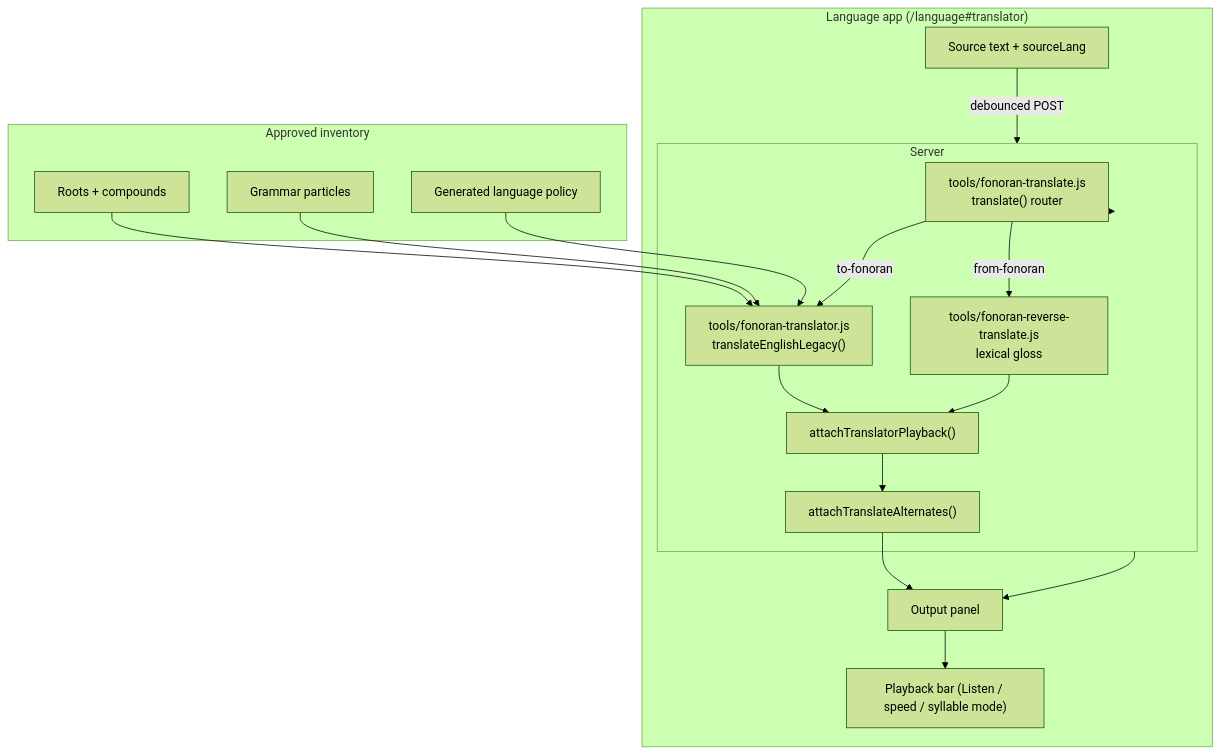
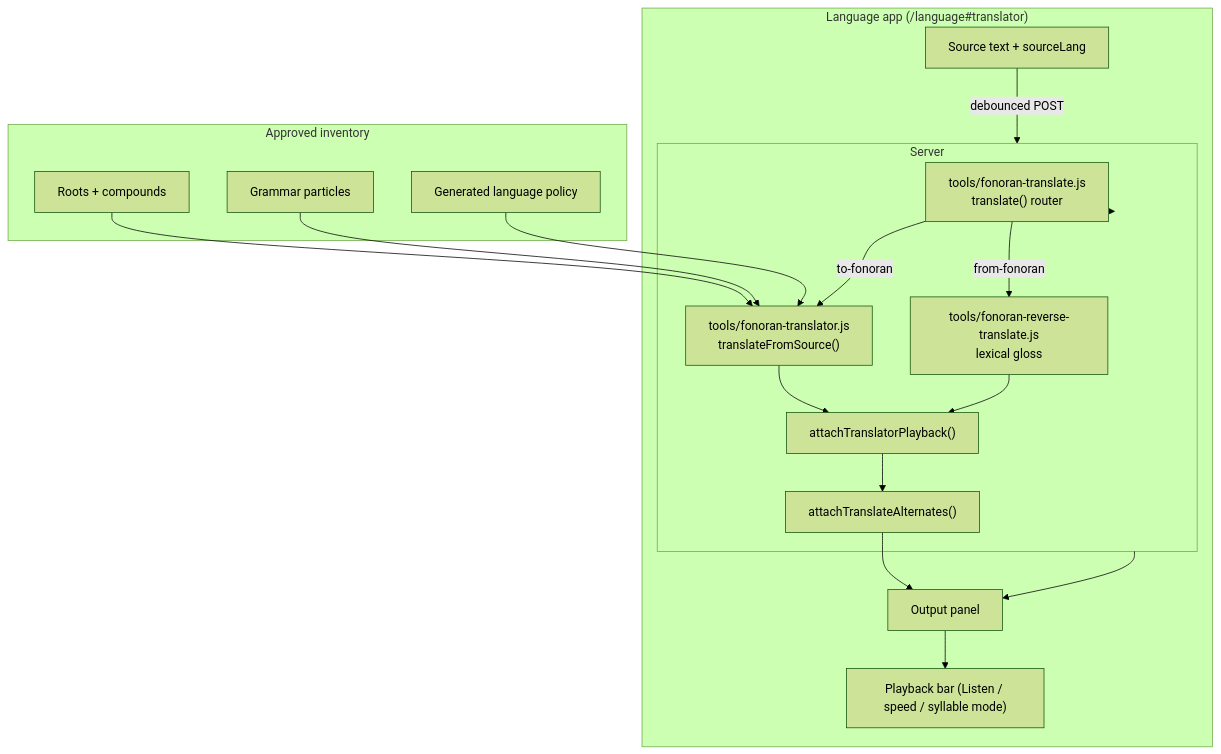
Before and after one commit to Fonora/fonora: the first of 3 diagrams in docs/fonoran-translator.md, drawn with Mermaid (forest theme). The commit also changed other lines of this file and 32 other files, not shown here.

````diff
--- a/docs/fonoran-translator.md
+++ b/docs/fonoran-translator.md
@@ -17,36 +17,36 @@
 ```mermaid
 flowchart TB
   subgraph UI["Language app (/language#translator)"]
     IN["Source text + sourceLang"]
     PB["Playback bar (Listen / speed / syllable mode)"]
     OUT["Output panel"]
     IN -->|debounced POST| API
     API --> OUT
     OUT --> PB
   end
 
   subgraph API["Server"]
     RT["tools/fonoran-translate.js<br/>translate() router"]
-    LEG["tools/fonoran-translator.js<br/>translateEnglishLegacy()"]
+    LEG["tools/fonoran-translator.js<br/>translateFromSource()"]
     REV["tools/fonoran-reverse-translate.js<br/>lexical gloss"]
     PLAY["attachTranslatorPlayback()"]
     ALT["attachTranslateAlternates()"]
   end
 
   subgraph Lab["Approved inventory"]
     ROOTS["Roots + compounds"]
     PART["Grammar particles"]
     POLICY["Generated language policy"]
   end
 
   API --> RT
   RT -->|to-fonoran| LEG
   RT -->|from-fonoran| REV
   LEG --> PLAY
   REV --> PLAY
   PLAY --> ALT
   ROOTS --> LEG
   PART --> LEG
   POLICY --> LEG
   ALT --> OUT
 ```
````
